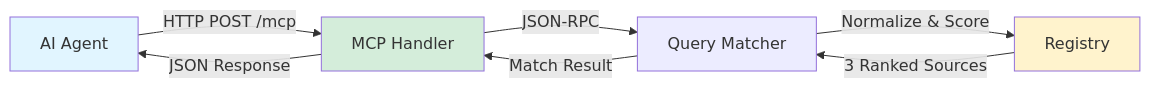
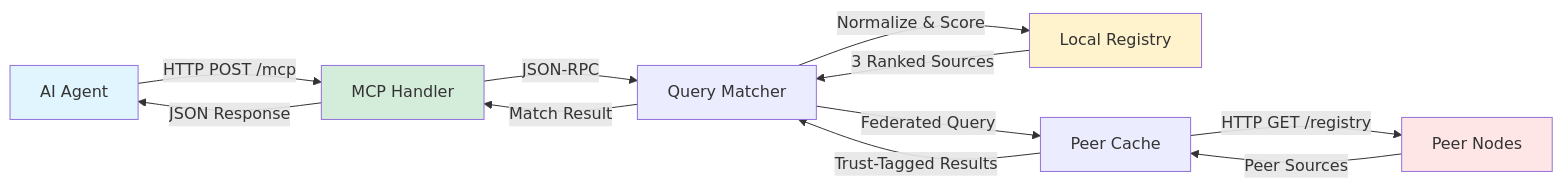
The diagram in README.md (johnzilla/3goodsources), drawn with Mermaid before and after one commit. The commit also changed other lines of this file, not shown here.

````diff
--- a/README.md
+++ b/README.md
@@ -15,13 +17,18 @@
 ```mermaid
 graph LR
     A[AI Agent] -->|HTTP POST /mcp| B[MCP Handler]
     B -->|JSON-RPC| C[Query Matcher]
-    C -->|Normalize & Score| D[Registry]
+    C -->|Normalize & Score| D[Local Registry]
+    C -->|Federated Query| E[Peer Cache]
+    E -->|HTTP GET /registry| F[Peer Nodes]
     D -->|3 Ranked Sources| C
+    F -->|Peer Sources| E
+    E -->|Trust-Tagged Results| C
     C -->|Match Result| B
     B -->|JSON Response| A
 
     style A fill:#e1f5ff
     style D fill:#fff3cd
     style B fill:#d4edda
+    style F fill:#ffe6e6
 ```
````
